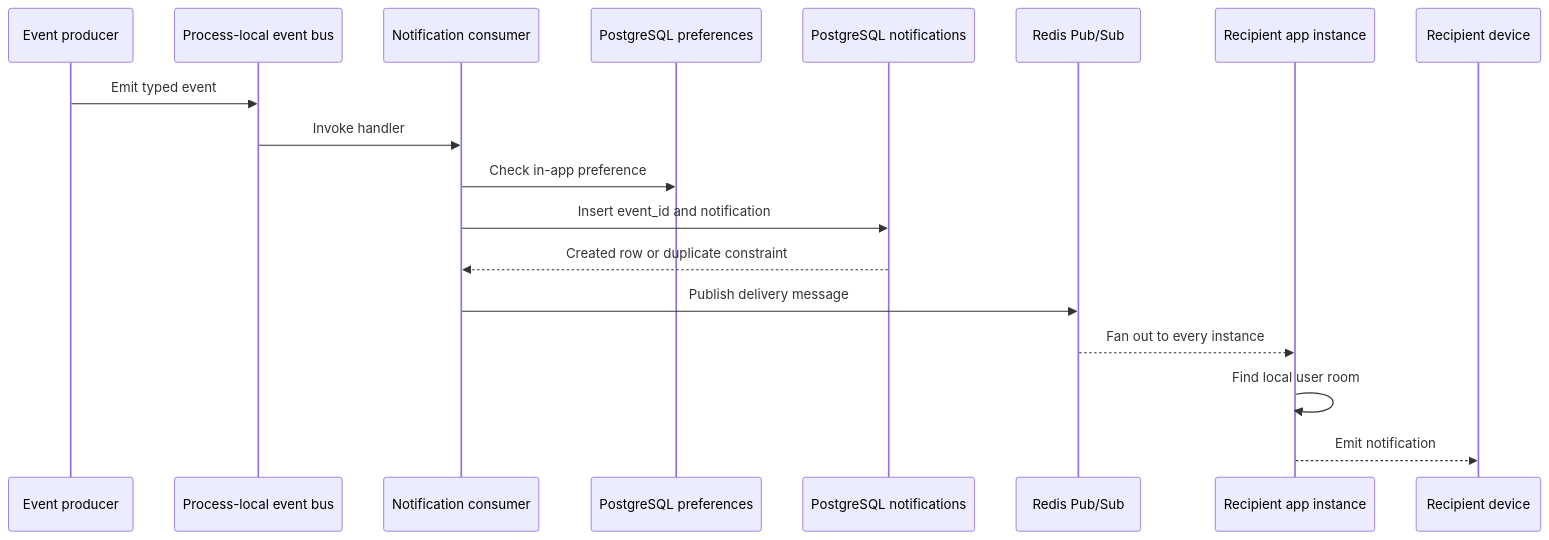
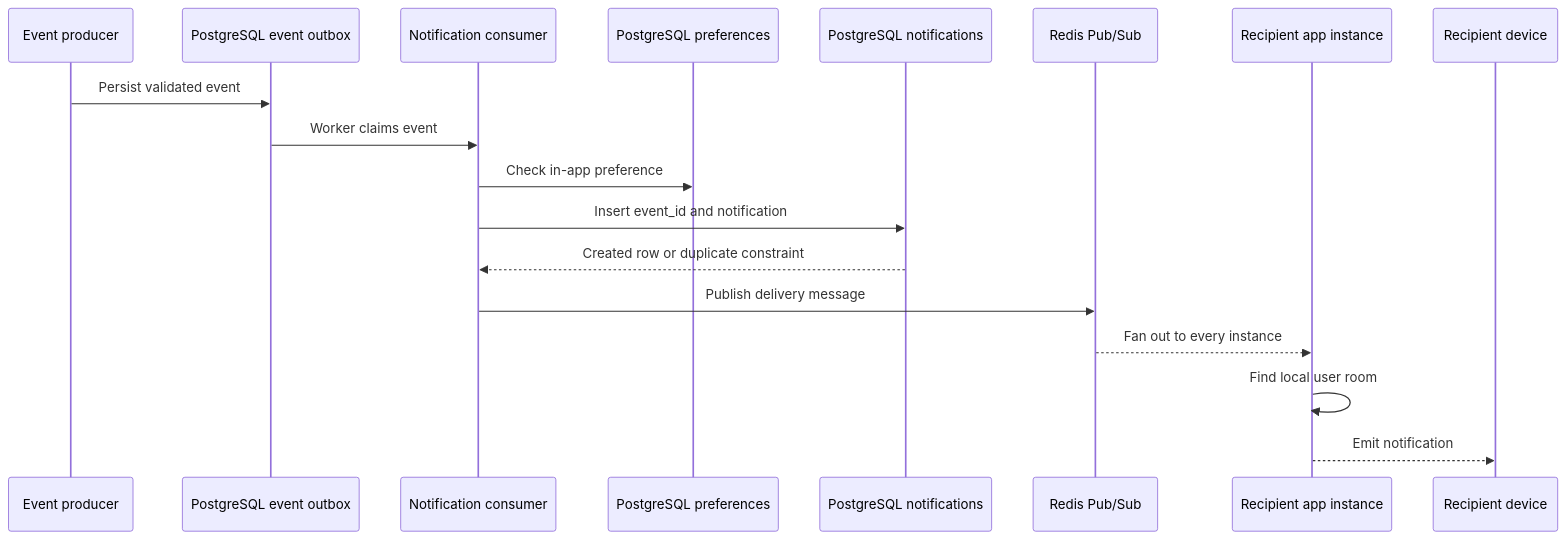
The second of 2 diagrams in README.md (devanshjaincampaign-tech/pulse-notification-engine), drawn with Mermaid before and after one commit. The commit also changed other lines of this file and 20 other files, not shown here.

````diff
--- a/README.md
+++ b/README.md
@@ -108,21 +115,21 @@
 ```mermaid
 sequenceDiagram
     participant Producer as Event producer
-    participant Bus as Process-local event bus
+    participant Outbox as PostgreSQL event outbox
     participant Consumer as Notification consumer
     participant Prefs as PostgreSQL preferences
     participant DB as PostgreSQL notifications
     participant Redis as Redis Pub/Sub
     participant Socket as Recipient app instance
     participant User as Recipient device
 
-    Producer->>Bus: Emit typed event
-    Bus->>Consumer: Invoke handler
+    Producer->>Outbox: Persist validated event
+    Outbox->>Consumer: Worker claims event
     Consumer->>Prefs: Check in-app preference
     Consumer->>DB: Insert event_id and notification
     DB-->>Consumer: Created row or duplicate constraint
     Consumer->>Redis: Publish delivery message
     Redis-->>Socket: Fan out to every instance
     Socket->>Socket: Find local user room
     Socket-->>User: Emit notification
 ```
````
